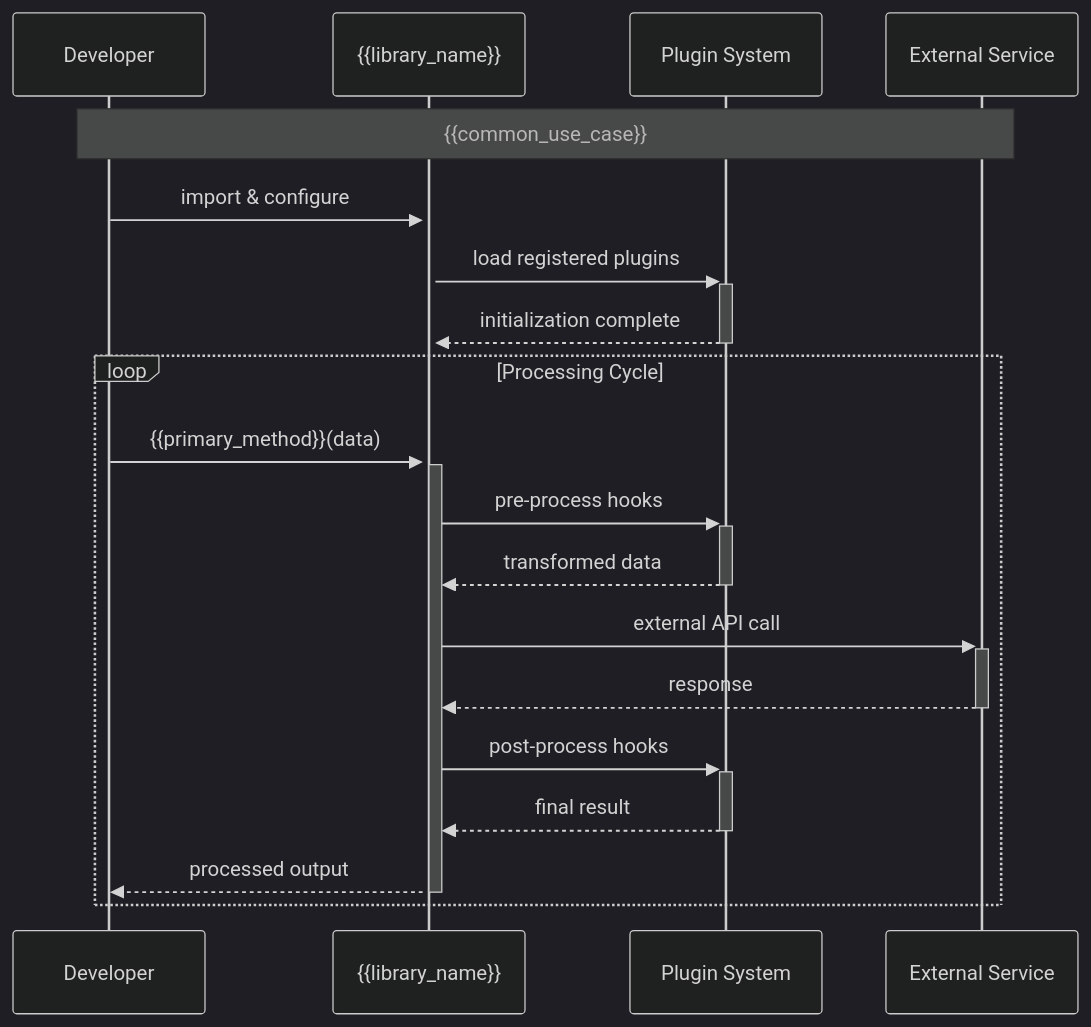
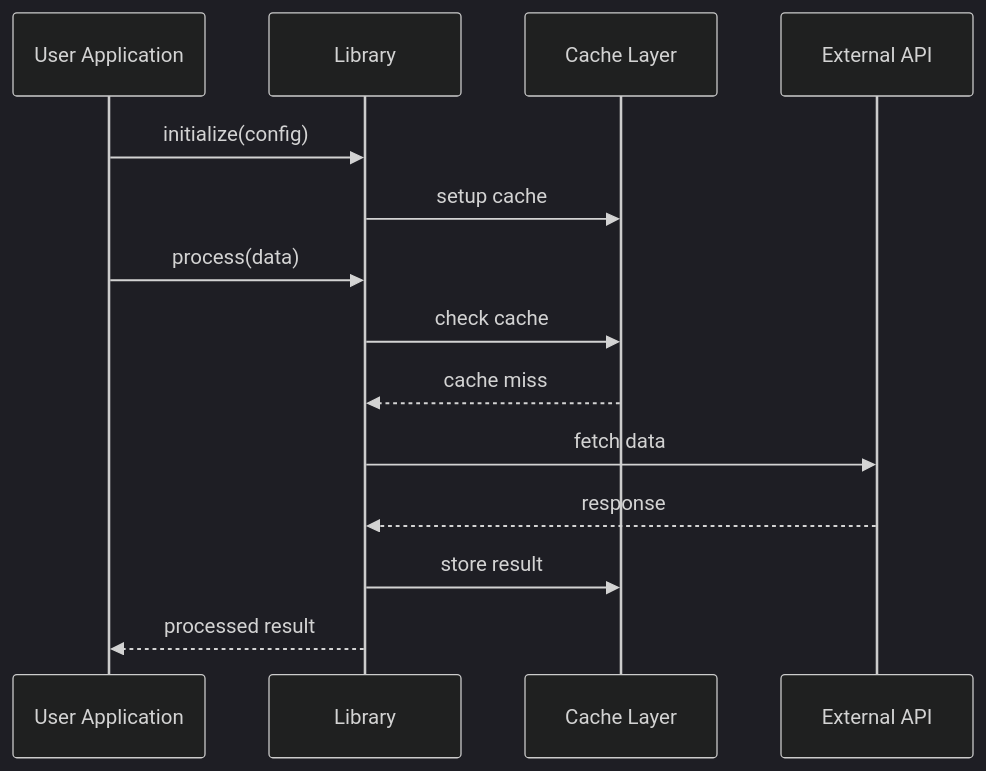
One commit to xincheng213618/OpenDeepWiki changed the third of 5 diagrams in src/KoalaWiki/Prompts/Warehouse/GenerateDocsLibraries.md. Above: the diagram before and after it, drawn with Mermaid (dark theme). The commit also changed other lines of this file and 8 other files, not shown here.

````diff
--- a/src/KoalaWiki/Prompts/Warehouse/GenerateDocsLibraries.md
+++ b/src/KoalaWiki/Prompts/Warehouse/GenerateDocsLibraries.md
@@ -623,24 +152,17 @@
 ```mermaid
 sequenceDiagram
-    participant Dev as Developer
-    participant Lib as {{library_name}}
-    participant Plugin as Plugin System
-    participant External as External Service
+    participant User as User Application
+    participant Lib as Library
+    participant Cache as Cache Layer
+    participant API as External API
     
-    Note over Dev,External: {{common_use_case}}
-    
-    Dev->>+Lib: import & configure
-    Lib->>+Plugin: load registered plugins
-    Plugin-->>-Lib: initialization complete
-    
-    loop Processing Cycle
-        Dev->>+Lib: {{primary_method}}(data)
-        Lib->>+Plugin: pre-process hooks
-        Plugin-->>-Lib: transformed data
-        Lib->>+External: external API call
-        External-->>-Lib: response
-        Lib->>+Plugin: post-process hooks
-        Plugin-->>-Lib: final result
-        Lib-->>-Dev: processed output
-    end
+    User->>Lib: initialize(config)
+    Lib->>Cache: setup cache
+    User->>Lib: process(data)
+    Lib->>Cache: check cache
+    Cache-->>Lib: cache miss
+    Lib->>API: fetch data
+    API-->>Lib: response
+    Lib->>Cache: store result
+    Lib-->>User: processed result
 ```
````
